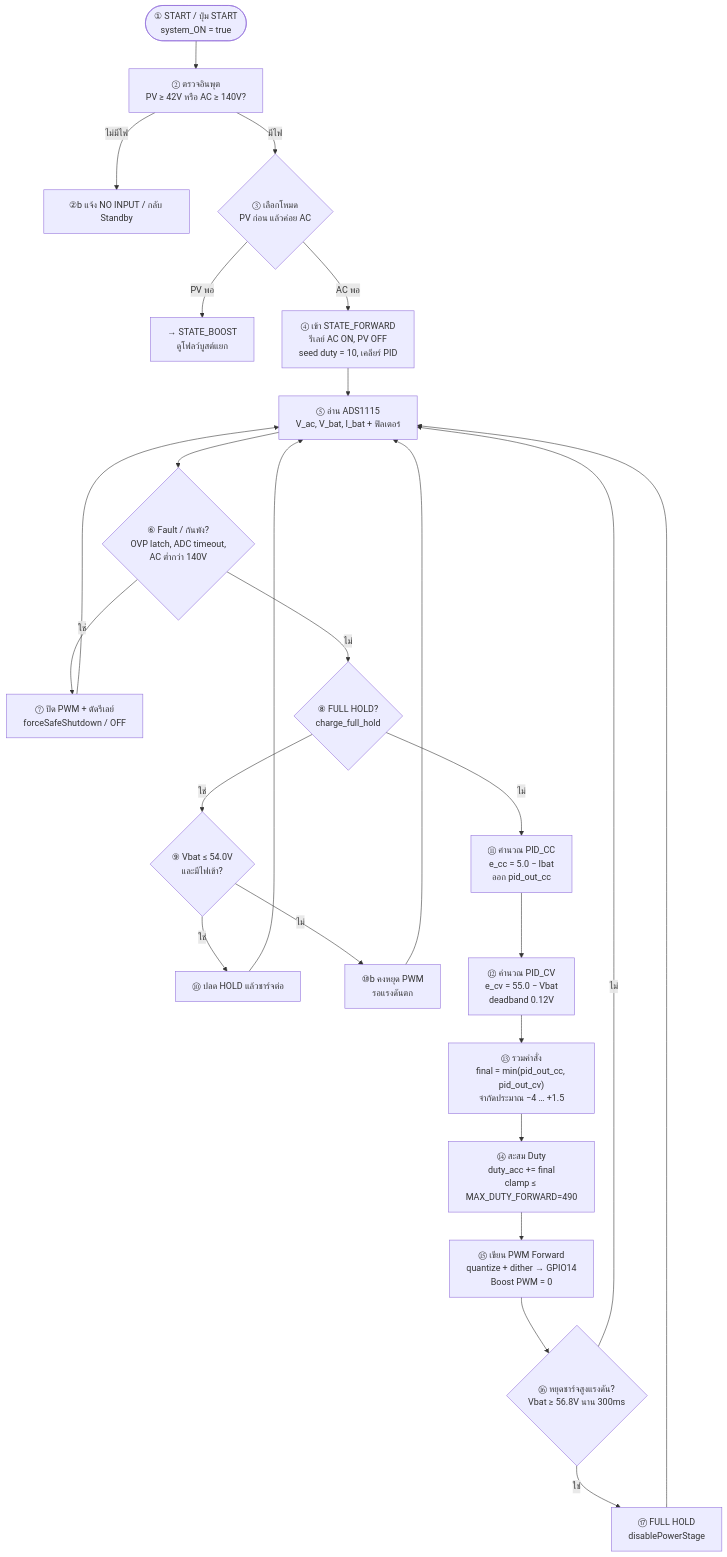
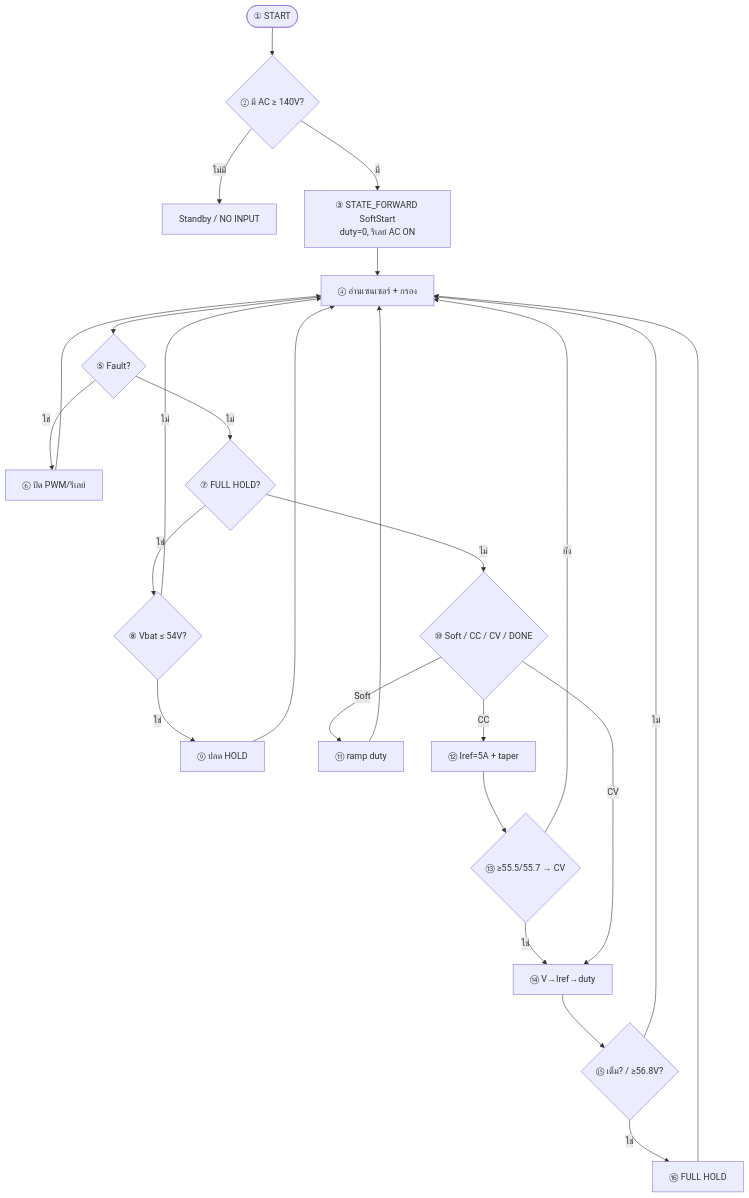
Before and after one commit to phoomipornker-code/code: the diagram in docs/flowchart-forward-firmware.mmd, drawn with Mermaid.

Commit message:
Sync Forward firmware Mermaid with SoftStart→CC→CV flow

```diff
--- a/docs/flowchart-forward-firmware.mmd
+++ b/docs/flowchart-forward-firmware.mmd
@@ -1,25 +1,19 @@
 flowchart TD
-    A(["① START / ปุ่ม START<br/>system_ON = true"]) --> B["② ตรวจอินพุต<br/>PV ≥ 42V หรือ AC ≥ 140V?"]
-    B -- ไม่มีไฟ --> Z["②b แจ้ง NO INPUT / กลับ Standby"]
-    B -- มีไฟ --> C{"③ เลือกโหมด<br/>PV ก่อน แล้วค่อย AC"}
-    C -- PV พอ --> BOOST["→ STATE_BOOST<br/>ดูโฟลว์บูสต์แยก"]
-    C -- AC พอ --> D["④ เข้า STATE_FORWARD<br/>รีเลย์ AC ON, PV OFF<br/>seed duty = 10, เคลียร์ PID"]
-    D --> E["⑤ อ่าน ADS1115<br/>V_ac, V_bat, I_bat + ฟิลเตอร์"]
-    E --> F{"⑥ Fault / กันพัง?<br/>OVP latch, ADC timeout,<br/>AC ต่ำกว่า 140V"}
-    F -- ใช่ --> G["⑦ ปิด PWM + ตัดรีเลย์<br/>forceSafeShutdown / OFF"]
-    G --> E
-    F -- ไม่ --> H{"⑧ FULL HOLD?<br/>charge_full_hold"}
-    H -- ใช่ --> I{"⑨ Vbat ≤ 54.0V<br/>และมีไฟเข้า?"}
-    I -- ใช่ --> J["⑩ ปลด HOLD แล้วชาร์จต่อ"]
-    I -- ไม่ --> K["⑩b คงหยุด PWM<br/>รอแรงดันตก"]
-    K --> E
-    J --> E
-    H -- ไม่ --> L["⑪ คำนวณ PID_CC<br/>e_cc = 5.0 − Ibat<br/>ออก pid_out_cc"]
-    L --> M["⑫ คำนวณ PID_CV<br/>e_cv = 55.0 − Vbat<br/>deadband 0.12V"]
-    M --> N["⑬ รวมคำสั่ง<br/>final = min(pid_out_cc, pid_out_cv)<br/>จำกัดประมาณ −4 … +1.5"]
-    N --> O["⑭ สะสม Duty<br/>duty_acc += final<br/>clamp ≤ MAX_DUTY_FORWARD=490"]
-    O --> P["⑮ เขียน PWM Forward<br/>quantize + dither → GPIO14<br/>Boost PWM = 0"]
-    P --> Q{"⑯ หยุดชาร์จสูงแรงดัน?<br/>Vbat ≥ 56.8V นาน 300ms"}
-    Q -- ใช่ --> R["⑰ FULL HOLD<br/>disablePowerStage"]
-    Q -- ไม่ --> E
-    R --> E
+    A(["① START"]) --> B{"② มี AC ≥ 140V?"}
+    B -- ไม่มี --> Z["Standby / NO INPUT"]
+    B -- มี --> C["③ STATE_FORWARD SoftStart<br/>duty=0, รีเลย์ AC ON"]
+    C --> D["④ อ่านเซนเซอร์ + กรอง"]
+    D --> E{"⑤ Fault?"}
+    E -- ใช่ --> F["⑥ ปิด PWM/รีเลย์"] --> D
+    E -- ไม่ --> G{"⑦ FULL HOLD?"}
+    G -- ใช่ --> H{"⑧ Vbat ≤ 54V?"}
+    H -- ใช่ --> I["⑨ ปลด HOLD"] --> D
+    H -- ไม่ --> D
+    G -- ไม่ --> S{"⑩ Soft / CC / CV / DONE"}
+    S -- Soft --> SS["⑪ ramp duty"] --> D
+    S -- CC --> CC["⑫ Iref=5A + taper"] --> CVIN{"⑬ ≥55.5/55.7 → CV"}
+    CVIN -- ยัง --> D
+    CVIN -- ใช่ --> CV
+    S -- CV --> CV["⑭ V→Iref→duty"] --> FULL{"⑮ เต็ม? / ≥56.8V?"}
+    FULL -- ใช่ --> Q["⑯ FULL HOLD"] --> D
+    FULL -- ไม่ --> D
```
